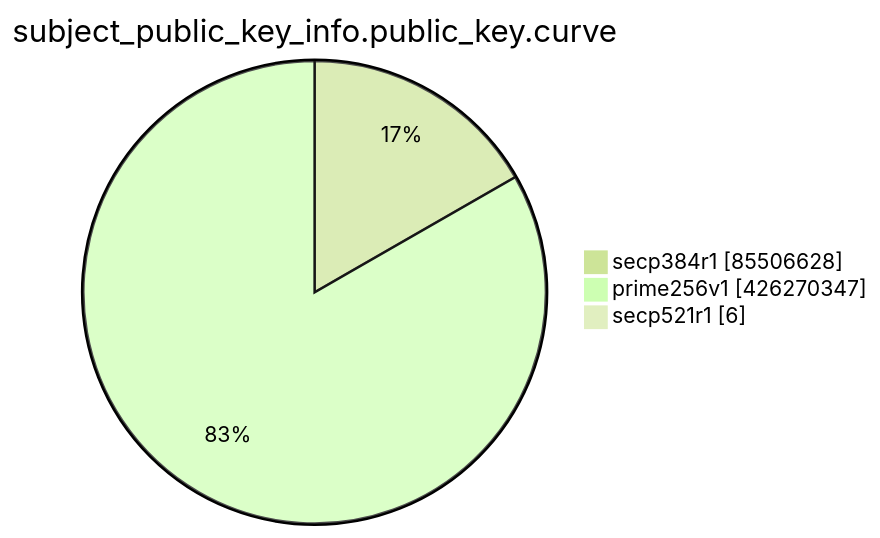
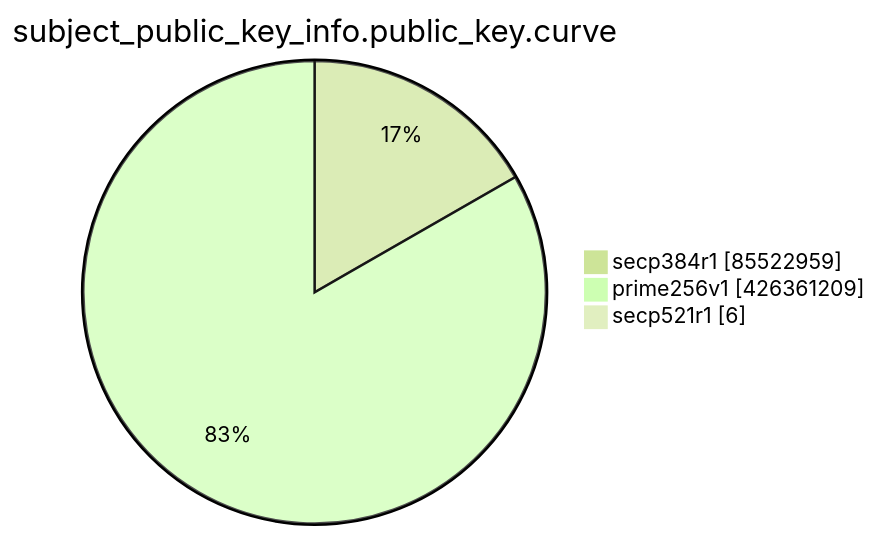
Before and after one commit to christiankrug/ctmonitor_visualization: the eighth of 15 diagrams in TOTAL/README.md, drawn with Mermaid (forest theme). The commit also changed other lines of this file, not shown here.

````diff
--- a/TOTAL/README.md
+++ b/TOTAL/README.md
@@ -3100,7 +3100,7 @@
 ```mermaid
 pie showData
 title subject_public_key_info.public_key.curve
-"secp384r1" :85506628
-"prime256v1" :426270347
+"secp384r1" :85522959
+"prime256v1" :426361209
 "secp521r1" :6
 ```
````
